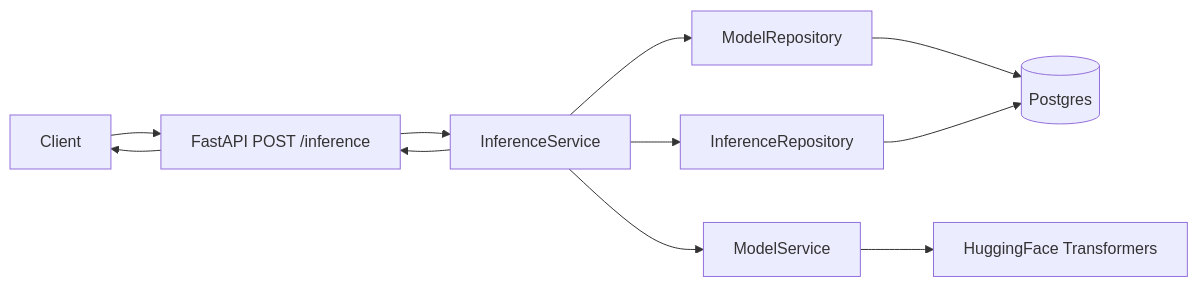
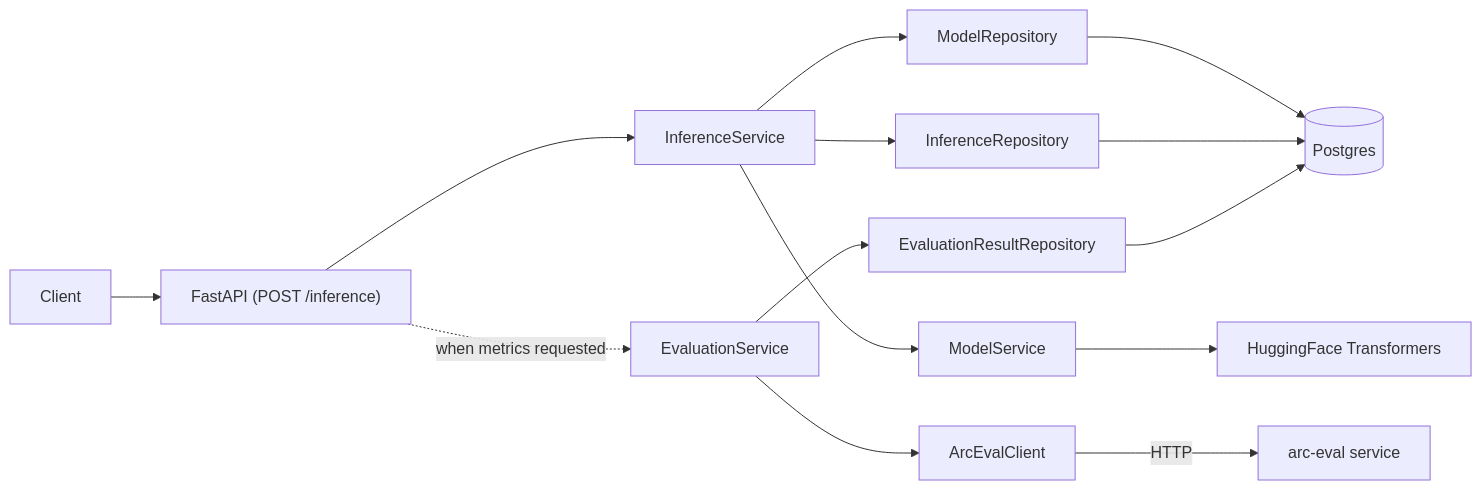
The first of 2 diagrams in docs/architecture.md (DimitarAtanassov/arc-model-lab), drawn with Mermaid before and after one commit. The commit also changed other lines of this file and 3 other files, not shown here.

````diff
--- a/docs/architecture.md
+++ b/docs/architecture.md
@@ -41,13 +42,19 @@
 ```mermaid
 flowchart LR
-    Client[Client] --> API["FastAPI POST /inference"]
-    API --> Svc[InferenceService]
-    Svc --> Cat[ModelRepository]
-    Svc --> MS[ModelService]
+    Client[Client] --> API["FastAPI (POST /inference)"]
+
+    API --> Inf[InferenceService]
+    Inf --> Models[ModelRepository]
+    Inf --> MS[ModelService]
     MS --> HF[HuggingFace Transformers]
-    Svc --> Repo[InferenceRepository]
-    Cat --> DB[(Postgres)]
-    Repo --> DB
-    Svc --> API
-    API --> Client
+    Inf --> InfRepo[InferenceRepository]
+
+    API -. "when metrics requested" .-> Eval[EvaluationService]
+    Eval --> AEC[ArcEvalClient]
+    AEC -->|HTTP| ArcEval[arc-eval service]
+    Eval --> EvalRepo[EvaluationResultRepository]
+
+    Models --> DB[(Postgres)]
+    InfRepo --> DB
+    EvalRepo --> DB
 ```
````
